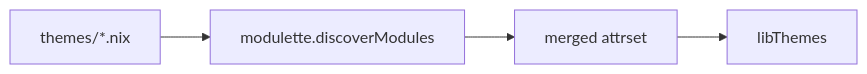
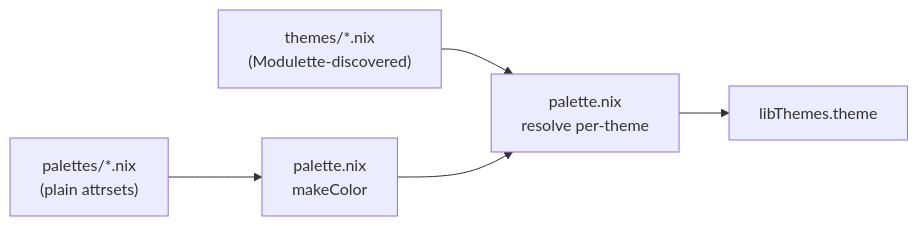
One commit to cig0/nix-batteries changed the third of 3 diagrams in themes/README.md. Above: the diagram before and after it, drawn with Mermaid. The commit also changed other lines of this file and 14 other files, not shown here.

First line of the commit message:
feat: multi-palette architecture with per-theme palette selection and overrides

````diff
--- a/themes/README.md
+++ b/themes/README.md
@@ -444,6 +564,7 @@
 ```mermaid
 graph LR
-    A["themes/*.nix"] --> B["modulette.discoverModules"]
-    B --> C["merged attrset"]
-    C --> D["libThemes"]
+    A["palettes/*.nix<br/>(plain attrsets)"] --> B["palette.nix<br/>makeColor"]
+    C["themes/*.nix<br/>(Modulette-discovered)"] --> D["palette.nix<br/>resolve per-theme"]
+    B --> D
+    D --> E["libThemes.theme"]
 ```
````
